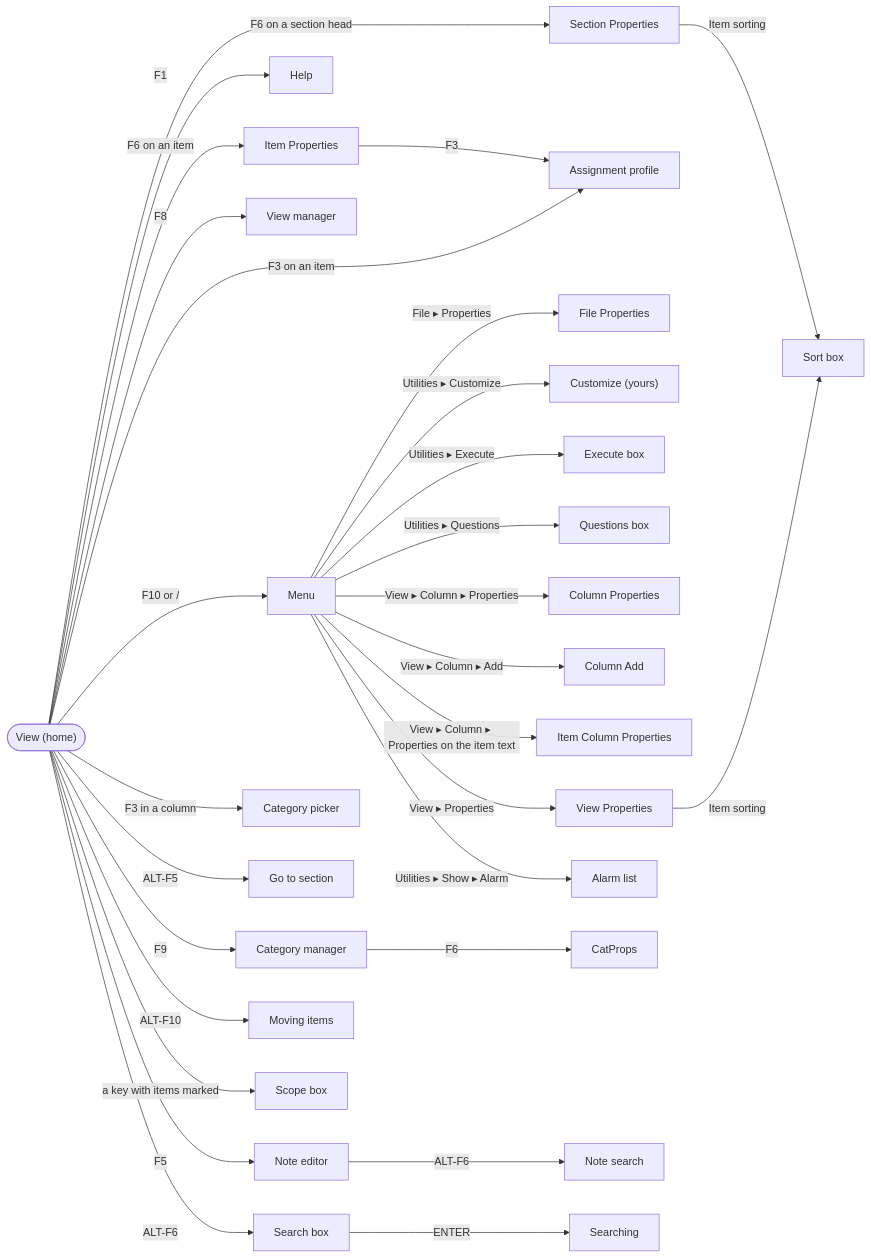
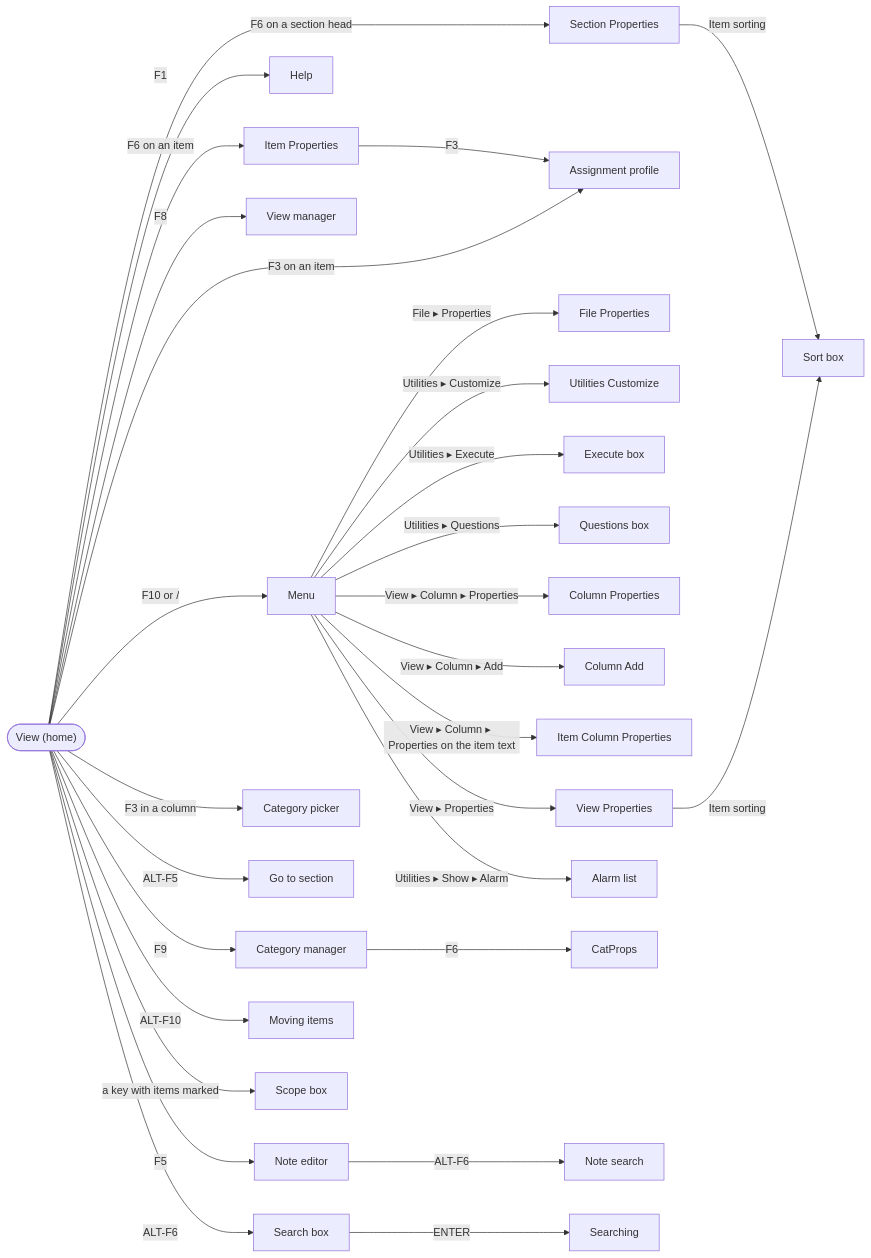
Before and after one commit to jamting/agendum: the first of 2 diagrams in docs/SCREENS.md, drawn with Mermaid. The commit also changed other lines of this file and 34 other files, not shown here.

````diff
--- a/docs/SCREENS.md
+++ b/docs/SCREENS.md
@@ -19,32 +19,32 @@
 ```mermaid
 flowchart LR
     View(["View (home)"])
     View -- "F10 or /" --> Menu["Menu"]
     View -- F1 --> Help["Help"]
     View -- F9 --> CatMgr["Category manager"]
     View -- F8 --> ViewMgr["View manager"]
     View -- F5 --> Note["Note editor"]
     View -- "F6 on an item" --> ItemProps["Item Properties"]
     View -- "F6 on a section head" --> SectProps["Section Properties"]
     View -- "F3 on an item" --> Profile["Assignment profile"]
     View -- "F3 in a column" --> Picker["Category picker"]
     View -- ALT-F5 --> GoTo["Go to section"]
     View -- ALT-F6 --> SearchBox["Search box"]
     View -- "ALT-F10" --> MoveItem["Moving items"]
     View -- "a key with items marked" --> Scope["Scope box"]
     Menu -- "File ▸ Properties" --> FileProps["File Properties"]
-    Menu -- "Utilities ▸ Customize" --> Customize["Customize (yours)"]
+    Menu -- "Utilities ▸ Customize" --> Customize["Utilities Customize"]
     Menu -- "Utilities ▸ Execute" --> Execute["Execute box"]
     Menu -- "Utilities ▸ Questions" --> Questions["Questions box"]
     Menu -- "View ▸ Column ▸ Properties" --> ColProps["Column Properties"]
     Menu -- "View ▸ Column ▸ Add" --> ColAdd["Column Add"]
     Menu -- "View ▸ Column ▸ Properties on the item text" --> ItemCol["Item Column Properties"]
     Menu -- "View ▸ Properties" --> ViewProps["View Properties"]
     ViewProps -- "Item sorting" --> Sort["Sort box"]
     SectProps -- "Item sorting" --> Sort
     Menu -- "Utilities ▸ Show ▸ Alarm" --> Alarms["Alarm list"]
     CatMgr -- F6 --> CatProps
     ItemProps -- F3 --> Profile
     Note -- ALT-F6 --> NoteSearch["Note search"]
     SearchBox -- ENTER --> Searching["Searching"]
 ```
````
